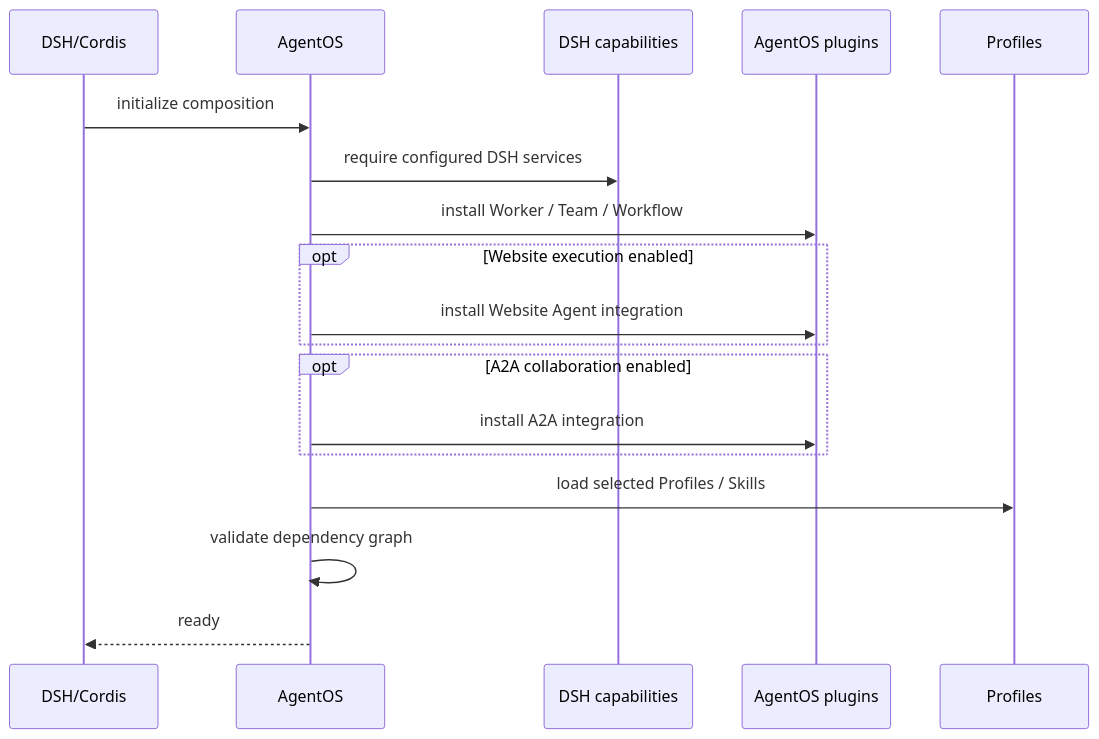
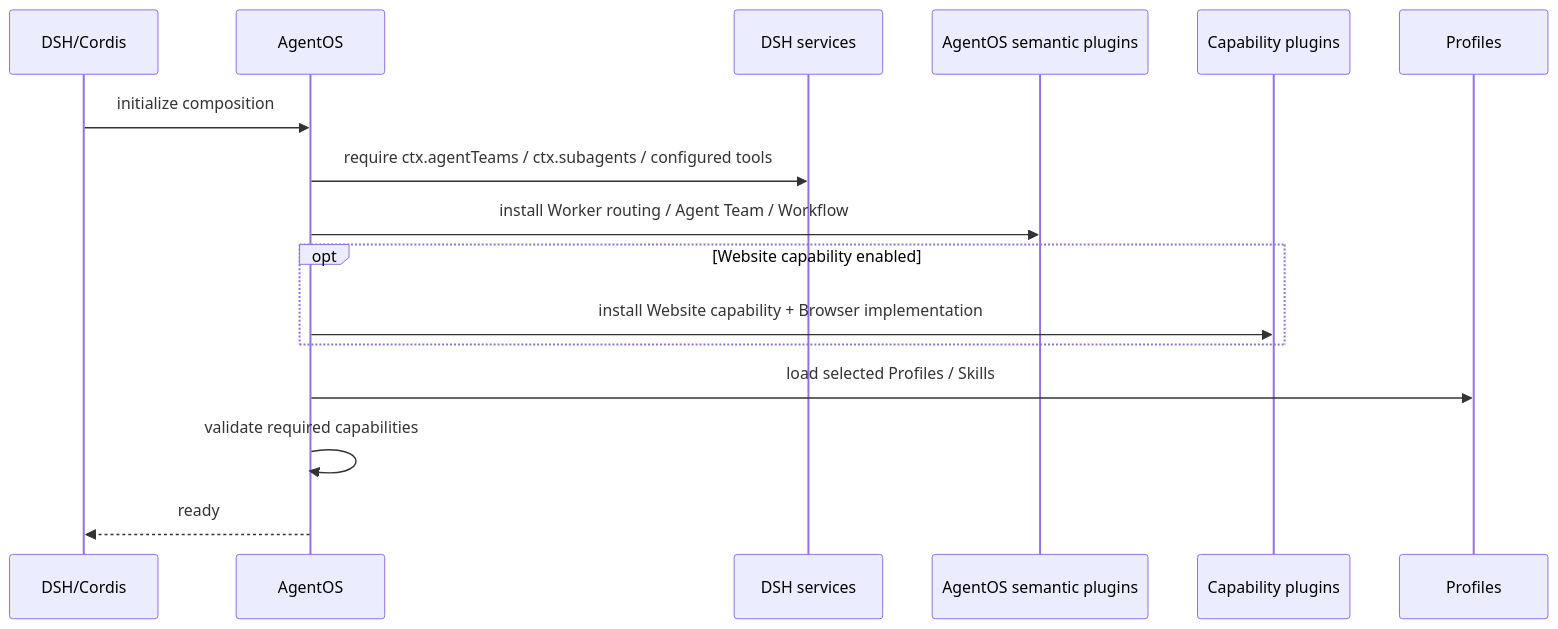
The second of 2 diagrams in docs/architecture/plugins/agentos/README.md (tsuuanmi/AgentOS), drawn with Mermaid before and after one commit. The commit also changed other lines of this file and 41 other files, not shown here.

First line of the commit message:
docs: consolidate Worker-first MVP architecture

```diff
--- a/docs/architecture/plugins/agentos/README.md
+++ b/docs/architecture/plugins/agentos/README.md
@@ -74,21 +75,19 @@
 ~~~mermaid
 sequenceDiagram
     participant H as DSH/Cordis
     participant A as AgentOS
-    participant D as DSH capabilities
-    participant P as AgentOS plugins
+    participant D as DSH services
+    participant P as AgentOS semantic plugins
+    participant C as Capability plugins
     participant R as Profiles
 
     H->>A: initialize composition
-    A->>D: require configured DSH services
-    A->>P: install Worker / Team / Workflow
-    opt Website execution enabled
-        A->>P: install Website Agent integration
-    end
-    opt A2A collaboration enabled
-        A->>P: install A2A integration
+    A->>D: require ctx.agentTeams / ctx.subagents / configured tools
+    A->>P: install Worker routing / Agent Team / Workflow
+    opt Website capability enabled
+        A->>C: install Website capability + Browser implementation
     end
     A->>R: load selected Profiles / Skills
-    A->>A: validate dependency graph
+    A->>A: validate required capabilities
     A-->>H: ready
 ~~~
```
